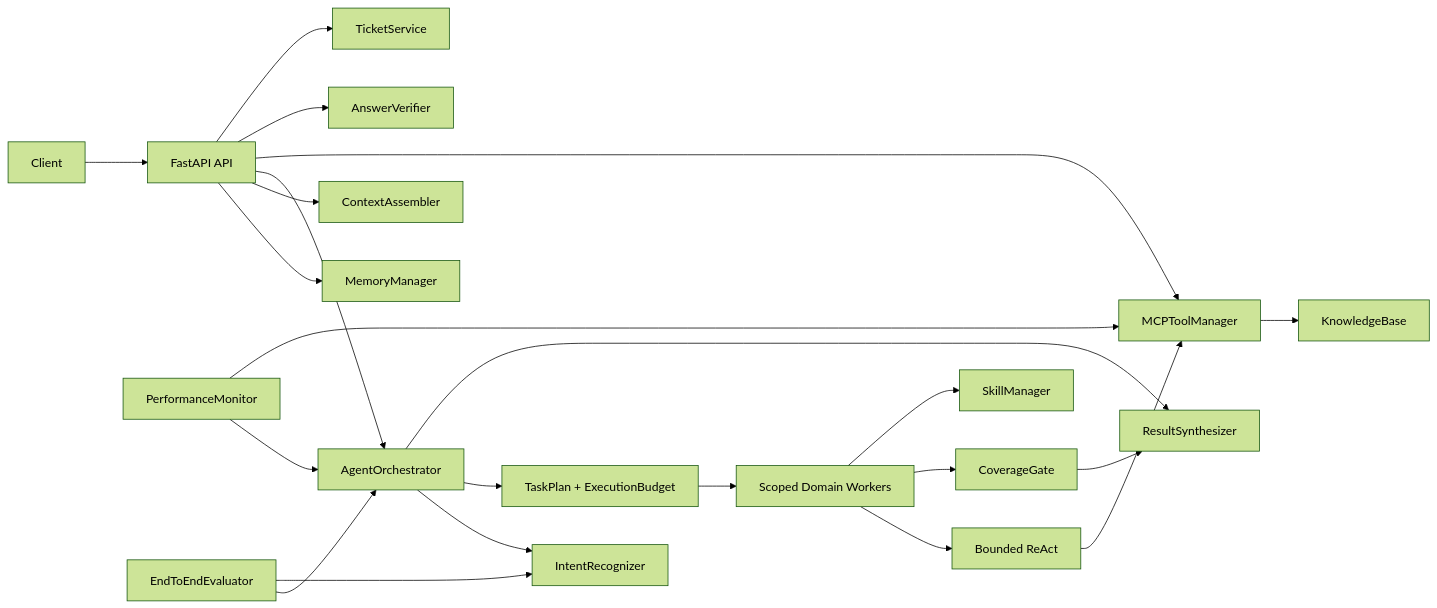
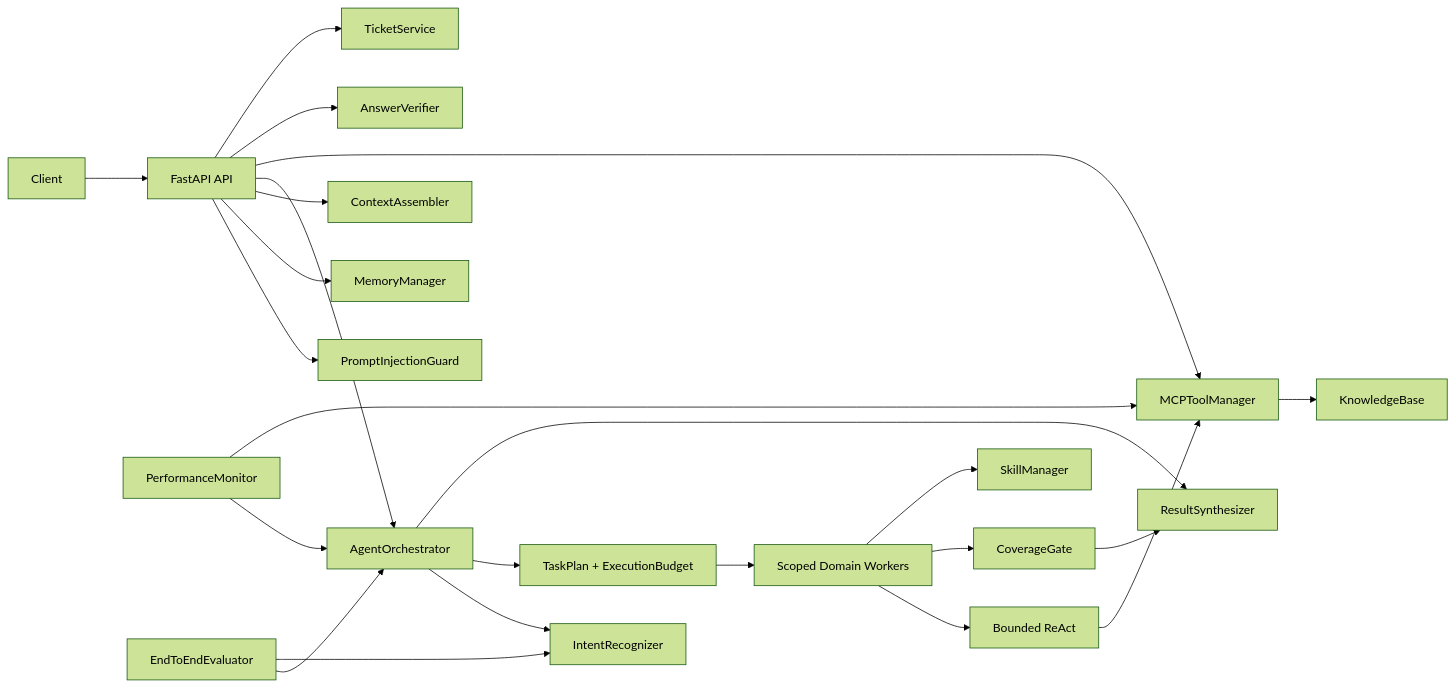
The first of 9 diagrams in docs/full-architecture-tutorial.zh-CN.md (Garrulus21yyx/DialogPilot), drawn with Mermaid (forest theme) before and after one commit. The commit also changed other lines of this file and 6 other files, not shown here.

Commit message:
feat: guard chat input against prompt injection

````diff
--- a/docs/full-architecture-tutorial.zh-CN.md
+++ b/docs/full-architecture-tutorial.zh-CN.md
@@ -116,24 +116,25 @@
 ```mermaid
 flowchart LR
     Client --> API[FastAPI API]
+    API --> Guard[PromptInjectionGuard]
     API --> Memory[MemoryManager]
     API --> Context[ContextAssembler]
     API --> Orchestrator[AgentOrchestrator]
     API --> Tool[MCPToolManager]
     API --> Verifier[AnswerVerifier]
     API --> Ticket[TicketService]
     Orchestrator --> Intent[IntentRecognizer]
     Orchestrator --> Plan[TaskPlan + ExecutionBudget]
     Plan --> Agents[Scoped Domain Workers]
     Agents --> React[Bounded ReAct]
     React --> Tool
     Orchestrator --> Synth[ResultSynthesizer]
     Agents --> Coverage[CoverageGate]
     Coverage --> Synth
     Agents --> Skills[SkillManager]
     Tool --> KB[KnowledgeBase]
     Monitor[PerformanceMonitor] --> Orchestrator
     Monitor --> Tool
     Eval[EndToEndEvaluator] --> Orchestrator
     Eval --> Intent
 ```
````
